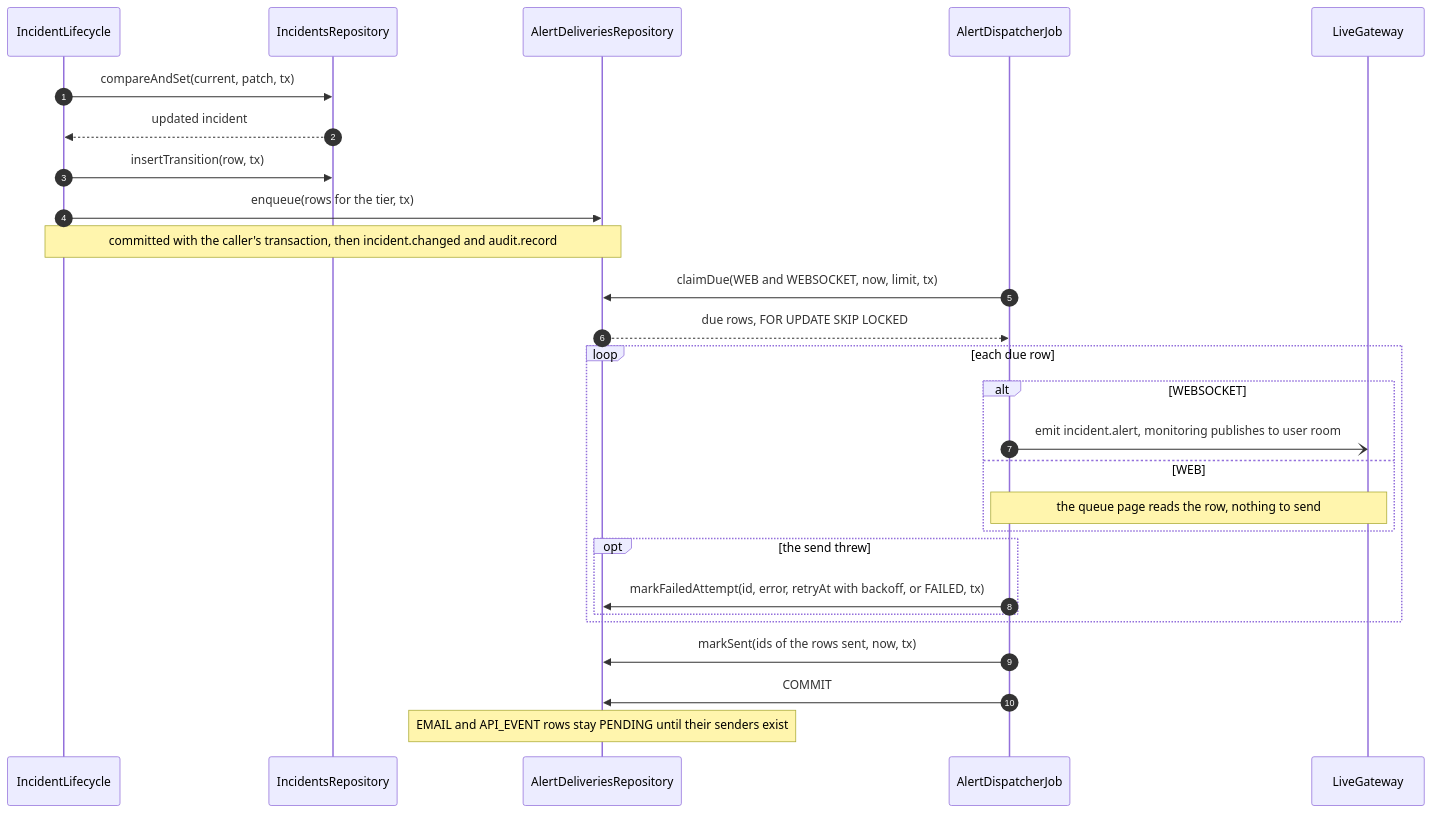
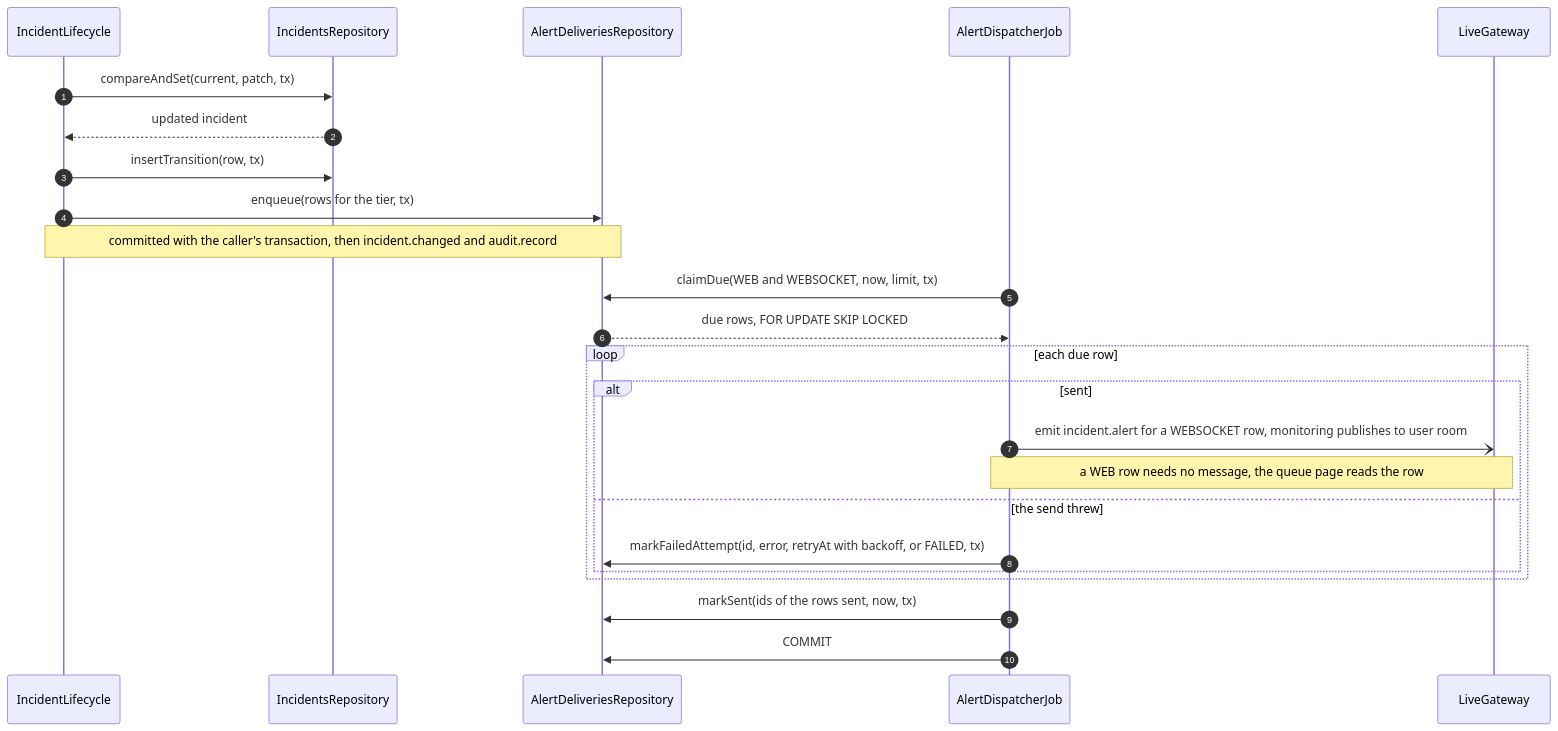
One commit to TrekLink-Team/treklink-web changed the sixth of 10 diagrams in specs/incidents/design.md. Above: the diagram before and after it, drawn with Mermaid. The commit also changed other lines of this file and 8 other files, not shown here.

First line of the commit message:
docs: draw one alt per incidents sequence again

````diff
--- a/specs/incidents/design.md
+++ b/specs/incidents/design.md
@@ -427,29 +414,26 @@
 ```mermaid
 sequenceDiagram
     autonumber
     participant L as IncidentLifecycle
     participant R as IncidentsRepository
     participant Ob as AlertDeliveriesRepository
     participant Dp as AlertDispatcherJob
     participant W as LiveGateway
     L->>R: compareAndSet(current, patch, tx)
     R-->>L: updated incident
     L->>R: insertTransition(row, tx)
     L->>Ob: enqueue(rows for the tier, tx)
     Note over L,Ob: committed with the caller's transaction, then incident.changed and audit.record
     Dp->>Ob: claimDue(WEB and WEBSOCKET, now, limit, tx)
     Ob-->>Dp: due rows, FOR UPDATE SKIP LOCKED
     loop each due row
-        alt WEBSOCKET
-            Dp-)W: emit incident.alert, monitoring publishes to user room
-        else WEB
-            Note over Dp,W: the queue page reads the row, nothing to send
-        end
-        opt the send threw
+        alt sent
+            Dp-)W: emit incident.alert for a WEBSOCKET row, monitoring publishes to user room
+            Note over Dp,W: a WEB row needs no message, the queue page reads the row
+        else the send threw
             Dp->>Ob: markFailedAttempt(id, error, retryAt with backoff, or FAILED, tx)
         end
     end
     Dp->>Ob: markSent(ids of the rows sent, now, tx)
     Dp->>Ob: COMMIT
-    Note over Ob: EMAIL and API_EVENT rows stay PENDING until their senders exist
 ```
````
